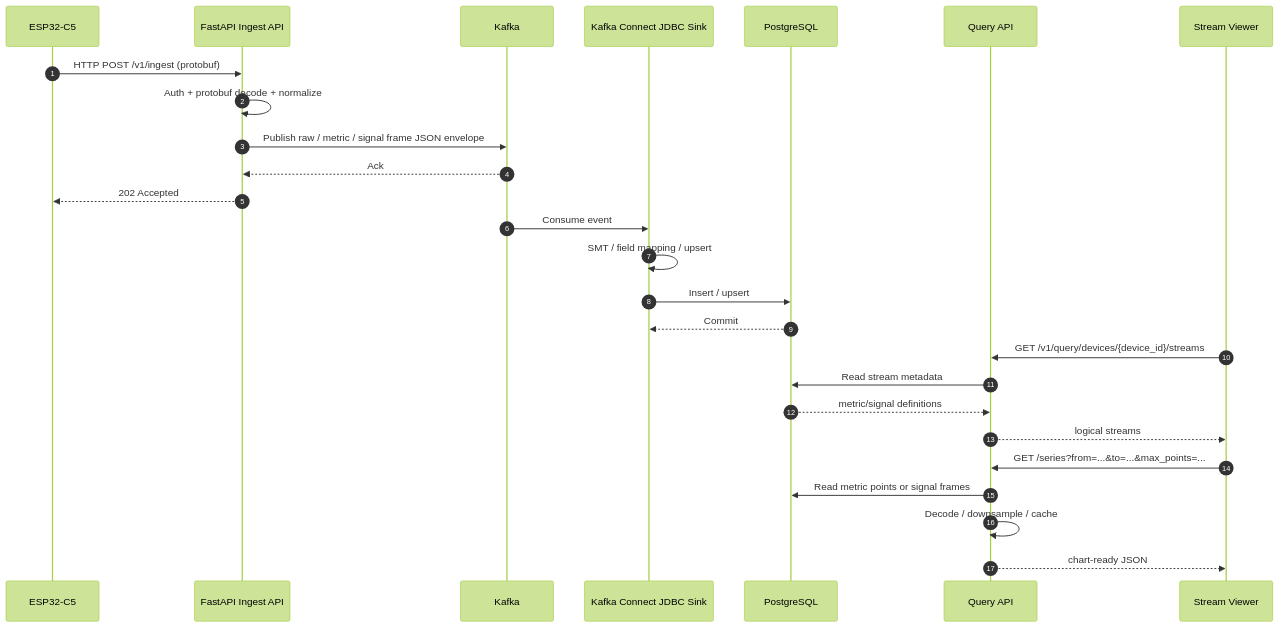
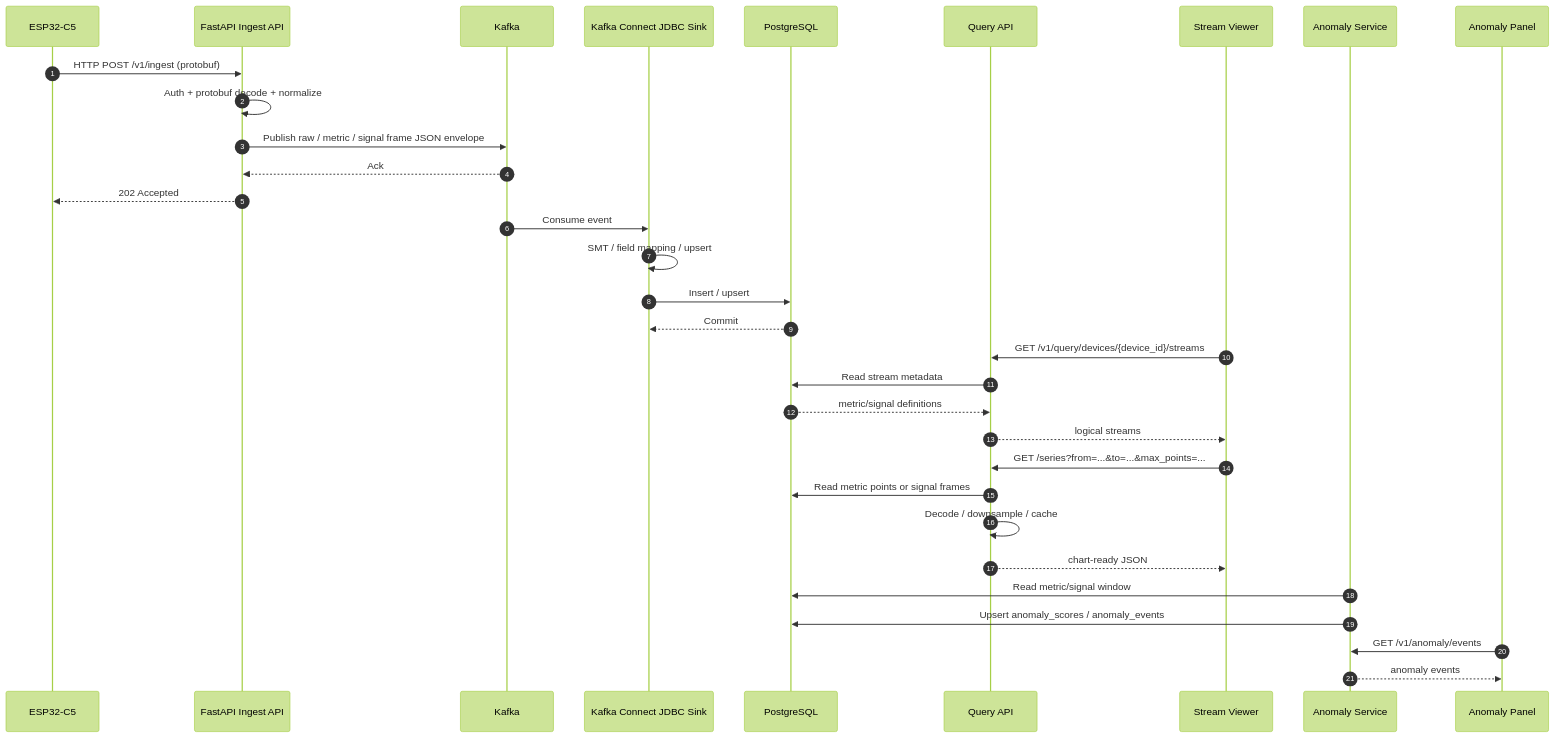
Before and after one commit to donghoonpark/aetus: the third of 5 diagrams in docs/01-overview.md, drawn with Mermaid (forest theme). The commit also changed other lines of this file and 36 other files, not shown here.

````diff
--- a/docs/01-overview.md
+++ b/docs/01-overview.md
@@ -209,29 +253,35 @@
 ```mermaid
 sequenceDiagram
     autonumber
     participant Device as ESP32-C5
     participant API as FastAPI Ingest API
     participant Kafka as Kafka
     participant Sink as Kafka Connect JDBC Sink
     participant PG as PostgreSQL
     participant Query as Query API
     participant FE as Stream Viewer
+    participant Anom as Anomaly Service
+    participant Panel as Anomaly Panel
 
     Device->>API: HTTP POST /v1/ingest (protobuf)
     API->>API: Auth + protobuf decode + normalize
     API->>Kafka: Publish raw / metric / signal frame JSON envelope
     Kafka-->>API: Ack
     API-->>Device: 202 Accepted
     Kafka->>Sink: Consume event
     Sink->>Sink: SMT / field mapping / upsert
     Sink->>PG: Insert / upsert
     PG-->>Sink: Commit
     FE->>Query: GET /v1/query/devices/{device_id}/streams
     Query->>PG: Read stream metadata
     PG-->>Query: metric/signal definitions
     Query-->>FE: logical streams
     FE->>Query: GET /series?from=...&to=...&max_points=...
     Query->>PG: Read metric points or signal frames
     Query->>Query: Decode / downsample / cache
     Query-->>FE: chart-ready JSON
+    Anom->>PG: Read metric/signal window
+    Anom->>PG: Upsert anomaly_scores / anomaly_events
+    Panel->>Anom: GET /v1/anomaly/events
+    Anom-->>Panel: anomaly events
 ```
````
